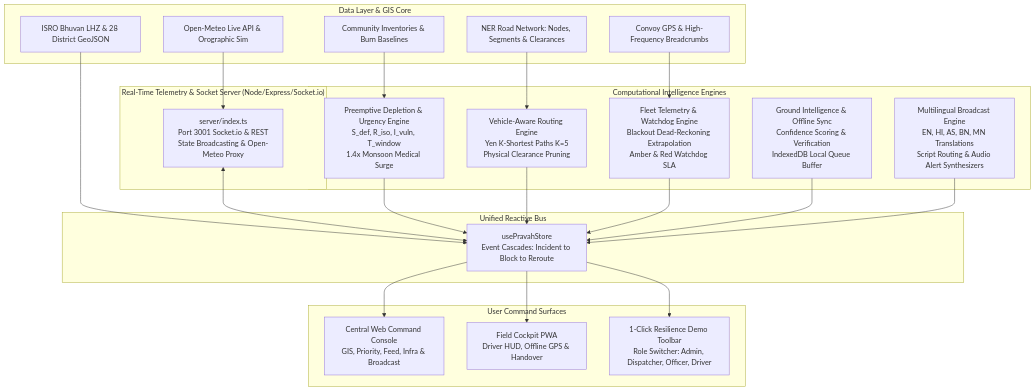
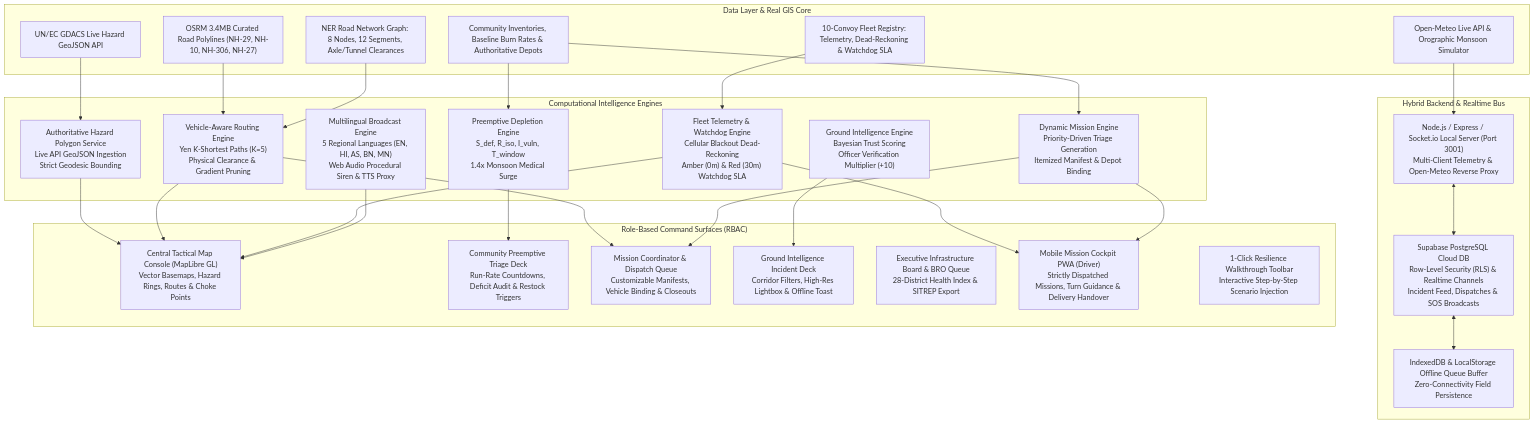
One commit to GWaman2007/PRAVAH changed the diagram in README.md. Above: the diagram before and after it, drawn with Mermaid. The commit also changed other lines of this file, not shown here.

Commit message:
docs: update README to latest architecture, 8 intelligence engines, and 93/93 test suite

````diff
--- a/README.md
+++ b/README.md
@@ -59,49 +65,59 @@
 ```mermaid
 flowchart TB
-    subgraph Data_Layer ["Data Layer & GIS Core"]
-        GEO["ISRO Bhuvan LHZ & 28 District GeoJSON"]
-        NET["NER Road Network: Nodes, Segments & Clearances"]
-        COMM["Community Inventories & Burn Baselines"]
-        FLEET["Convoy GPS & High-Frequency Breadcrumbs"]
-        MET["Open-Meteo Live API & Orographic Sim"]
+    subgraph Data_Layer ["Data Layer & Real GIS Core"]
+        GDACS["UN/EC GDACS Live Hazard GeoJSON API"]
+        OSRM["OSRM 3.4MB Curated Road Polylines (NH-29, NH-10, NH-306, NH-27)"]
+        NET["NER Road Network Graph: 8 Nodes, 12 Segments, Axle/Tunnel Clearances"]
+        COMM["Community Inventories, Baseline Burn Rates & Authoritative Depots"]
+        FLEET["10-Convoy Fleet Registry: Telemetry, Dead-Reckoning & Watchdog SLA"]
+        MET["Open-Meteo Live API & Orographic Monsoon Simulator"]
     end
 
-    subgraph Backend_Sync ["Real-Time Telemetry & Socket Server (Node/Express/Socket.io)"]
-        SRV["server/index.ts<br/>Port 3001 Socket.io & REST<br/>State Broadcasting & Open-Meteo Proxy"]
+    subgraph Backend_Cloud ["Hybrid Backend & Realtime Bus"]
+        SUPA["Supabase PostgreSQL Cloud DB<br/>Row-Level Security (RLS) & Realtime Channels<br/>Incident Feed, Dispatches & SOS Broadcasts"]
+        EXPR["Node.js / Express / Socket.io Local Server (Port 3001)<br/>Multi-Client Telemetry & Open-Meteo Reverse Proxy"]
+        OFFLINE["IndexedDB & LocalStorage Offline Queue Buffer<br/>Zero-Connectivity Field Persistence"]
     end
 
     subgraph Intelligence_Engines ["Computational Intelligence Engines"]
-        PE["Preemptive Depletion & Urgency Engine<br/>S_def, R_iso, I_vuln, T_window<br/>1.4x Monsoon Medical Surge"]
-        RE["Vehicle-Aware Routing Engine<br/>Yen K-Shortest Paths K=5<br/>Physical Clearance Pruning"]
-        TE["Fleet Telemetry & Watchdog Engine<br/>Blackout Dead-Reckoning Extrapolation<br/>Amber & Red Watchdog SLA"]
-        OS["Ground Intelligence & Offline Sync<br/>Confidence Scoring & Verification<br/>IndexedDB Local Queue Buffer"]
-        BC["Multilingual Broadcast Engine<br/>EN, HI, AS, BN, MN Translations<br/>Script Routing & Audio Alert Synthesizers"]
+        PE["Preemptive Depletion Engine<br/>S_def, R_iso, I_vuln, T_window<br/>1.4x Monsoon Medical Surge"]
+        RE["Vehicle-Aware Routing Engine<br/>Yen K-Shortest Paths (K=5)<br/>Physical Clearance & Gradient Pruning"]
+        TE["Fleet Telemetry & Watchdog Engine<br/>Cellular Blackout Dead-Reckoning<br/>Amber (0m) & Red (30m) Watchdog SLA"]
+        ME["Dynamic Mission Engine<br/>Priority-Driven Triage Generation<br/>Itemized Manifest & Depot Binding"]
+        OS["Ground Intelligence Engine<br/>Bayesian Trust Scoring<br/>Officer Verification Multiplier (+10)"]
+        BC["Multilingual Broadcast Engine<br/>5 Regional Languages (EN, HI, AS, BN, MN)<br/>Web Audio Procedural Siren & TTS Proxy"]
+        POLY["Authoritative Hazard Polygon Service<br/>Live API GeoJSON Ingestion<br/>Strict Geodesic Bounding"]
     end
 
-    subgraph Unified_Bus ["Unified Reactive Bus"]
-        STORE["usePravahStore<br/>Event Cascades: Incident to Block to Reroute"]
+    subgraph User_Surfaces ["Role-Based Command Surfaces (RBAC)"]
+        DECK["Central Tactical Map Console (MapLibre GL)<br/>Vector Basemaps, Hazard Rings, Routes & Choke Points"]
+        PRIO["Community Preemptive Triage Deck<br/>Run-Rate Countdowns, Deficit Audit & Restock Triggers"]
+        MSN["Mission Coordinator & Dispatch Queue<br/>Customizable Manifests, Vehicle Binding & Closeouts"]
+        FEED["Ground Intelligence Incident Deck<br/>Corridor Filters, High-Res Lightbox & Offline Toast"]
+        INFRA["Executive Infrastructure Board & BRO Queue<br/>28-District Health Index & SITREP Export"]
+        PWA["Mobile Mission Cockpit PWA (Driver)<br/>Strictly Dispatched Missions, Turn Guidance & Delivery Handover"]
+        DEMO["1-Click Resilience Walkthrough Toolbar<br/>Interactive Step-by-Step Scenario Injection"]
     end
 
-    subgraph User_Surfaces ["User Command Surfaces"]
-        DECK["Central Web Command Console<br/>GIS, Priority, Feed, Infra & Broadcast"]
-        PWA["Field Cockpit PWA<br/>Driver HUD, Offline GPS & Handover"]
-        DEMO["1-Click Resilience Demo Toolbar<br/>Role Switcher: Admin, Dispatcher, Officer, Driver"]
-    end
-
-    GEO --> STORE
+    GDACS --> POLY
+    OSRM --> RE
     NET --> RE
     COMM --> PE
+    COMM --> ME
     FLEET --> TE
-    MET --> SRV
-    SRV <--> STORE
+    MET --> EXPR
 
-    PE --> STORE
-    RE --> STORE
-    TE --> STORE
-    OS --> STORE
-    BC --> STORE
+    EXPR <--> SUPA
+    SUPA <--> OFFLINE
 
-    STORE --> DECK
-    STORE --> PWA
-    STORE --> DEMO
+    POLY --> DECK
+    PE --> PRIO
+    RE --> DECK
+    RE --> MSN
+    TE --> PWA
+    TE --> DECK
+    ME --> MSN
+    ME --> PWA
+    OS --> FEED
+    BC --> DECK
 ```
````
